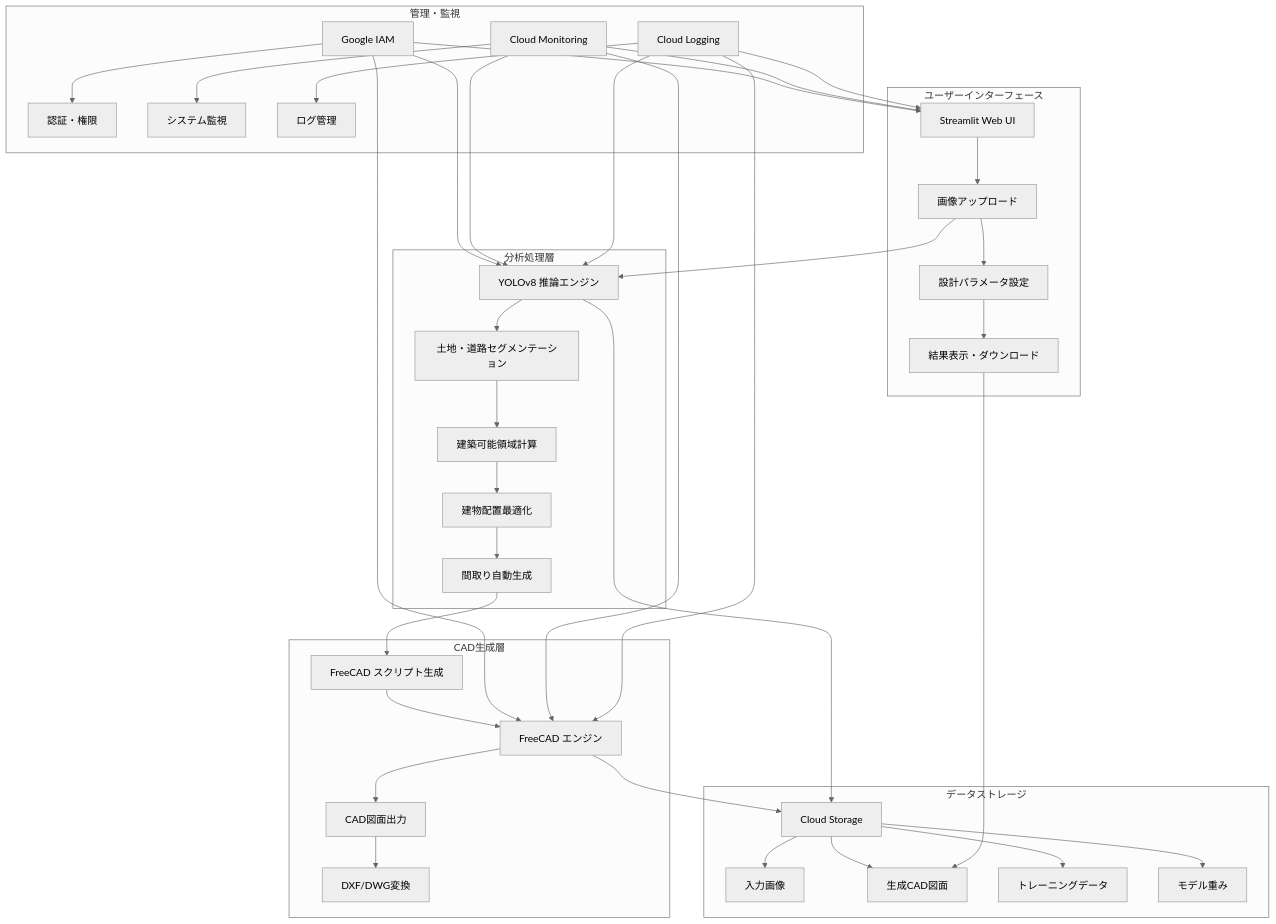
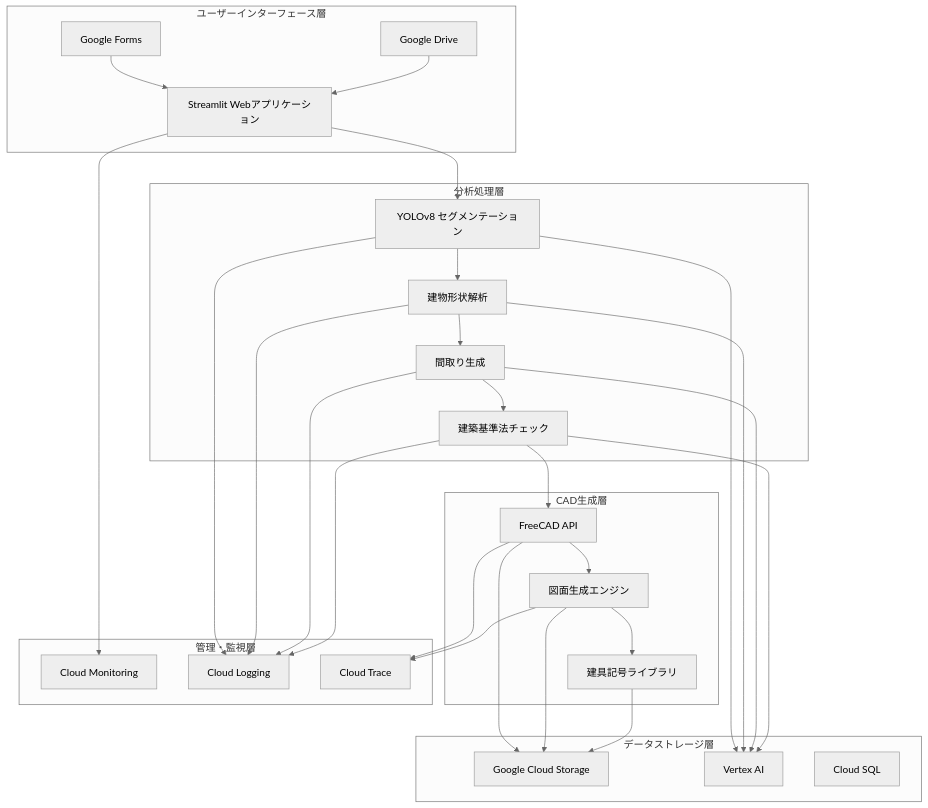
Before and after one commit to terisuke/house-design-ai: the first of 4 diagrams in DOCS/0407/0407systemstructure.md, drawn with Mermaid (neutral theme). The commit also changed other lines of this file and 3 other files, not shown here.

````diff
--- a/DOCS/0407/0407systemstructure.md
+++ b/DOCS/0407/0407systemstructure.md
@@ -9,49 +5,57 @@
 ```mermaid
 graph TB
-    subgraph "ユーザーインターフェース"
-        A[Streamlit Web UI] --> B[画像アップロード]
-        B --> C[設計パラメータ設定]
-        C --> D[結果表示・ダウンロード]
+    subgraph "ユーザーインターフェース層"
+        A[Streamlit Webアプリケーション]
+        B[Google Forms]
+        C[Google Drive]
     end
 
     subgraph "分析処理層"
-        E[YOLOv8 推論エンジン] --> F[土地・道路セグメンテーション]
-        F --> G[建築可能領域計算]
-        G --> H[建物配置最適化]
-        H --> I[間取り自動生成]
+        D[YOLOv8 セグメンテーション]
+        E[建物形状解析]
+        F[間取り生成]
+        G[建築基準法チェック]
     end
 
     subgraph "CAD生成層"
-        I --> J[FreeCAD スクリプト生成]
-        J --> K[FreeCAD エンジン]
-        K --> L[CAD図面出力]
-        L --> M[DXF/DWG変換]
+        H[FreeCAD API]
+        I[図面生成エンジン]
+        J[建具記号ライブラリ]
     end
 
-    subgraph "データストレージ"
-        N[Cloud Storage] --> O[入力画像]
-        N --> P[生成CAD図面]
-        N --> Q[トレーニングデータ]
-        N --> R[モデル重み]
+    subgraph "データストレージ層"
+        K[Google Cloud Storage]
+        L[Vertex AI]
+        M[Cloud SQL]
     end
 
-    subgraph "管理・監視"
-        S[Google IAM] --> T[認証・権限]
-        U[Cloud Monitoring] --> V[システム監視]
-        W[Cloud Logging] --> X[ログ管理]
+    subgraph "管理・監視層"
+        N[Cloud Monitoring]
+        O[Cloud Logging]
+        P[Cloud Trace]
     end
 
-    B --> E
-    D --> P
-    E --> N
-    K --> N
-    S --> A
-    S --> E
-    S --> K
-    U --> A
-    U --> E
-    U --> K
-    W --> A
-    W --> E
-    W --> K
+    A --> D
+    B --> A
+    C --> A
+    D --> E
+    E --> F
+    F --> G
+    G --> H
+    H --> I
+    I --> J
+    D --> L
+    E --> L
+    F --> L
+    G --> L
+    H --> K
+    I --> K
+    J --> K
+    A --> N
+    D --> O
+    E --> O
+    F --> O
+    G --> O
+    H --> P
+    I --> P
 ```
````
